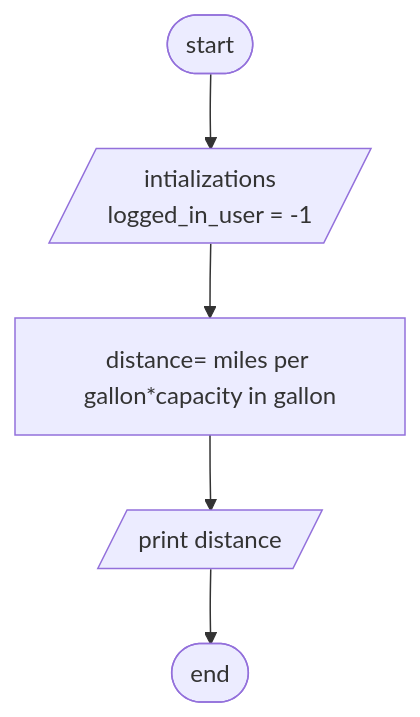
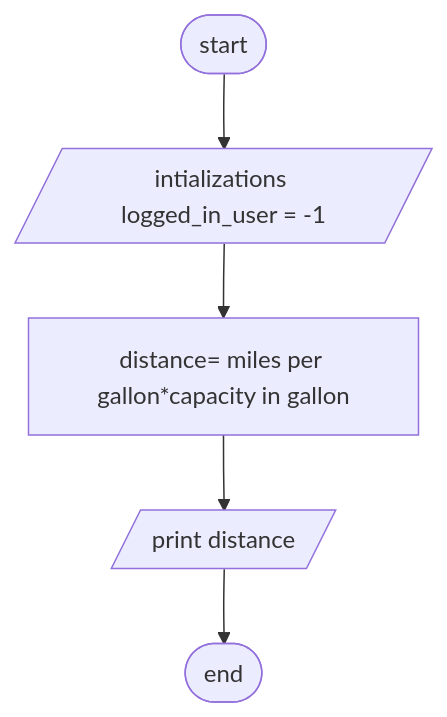
The first of 2 diagrams in FoP I/flowchart.md (Ludis-ET/Bank-Account), drawn with Mermaid before and after one commit.

````diff
--- a/FoP I/flowchart.md
+++ b/FoP I/flowchart.md
@@ -1,9 +1,7 @@
 ```mermaid
     flowchart TD;
-    A([start])-->B[/intializations 
-    logged_in_user = -1
-    /];
+    A([start])-->B[/intializations logged_in_user = -1/];
     B-->C["distance= miles per gallon*capacity in gallon"];
     C-->D[/print distance/];
     D-->E([end]);
 ```
````
